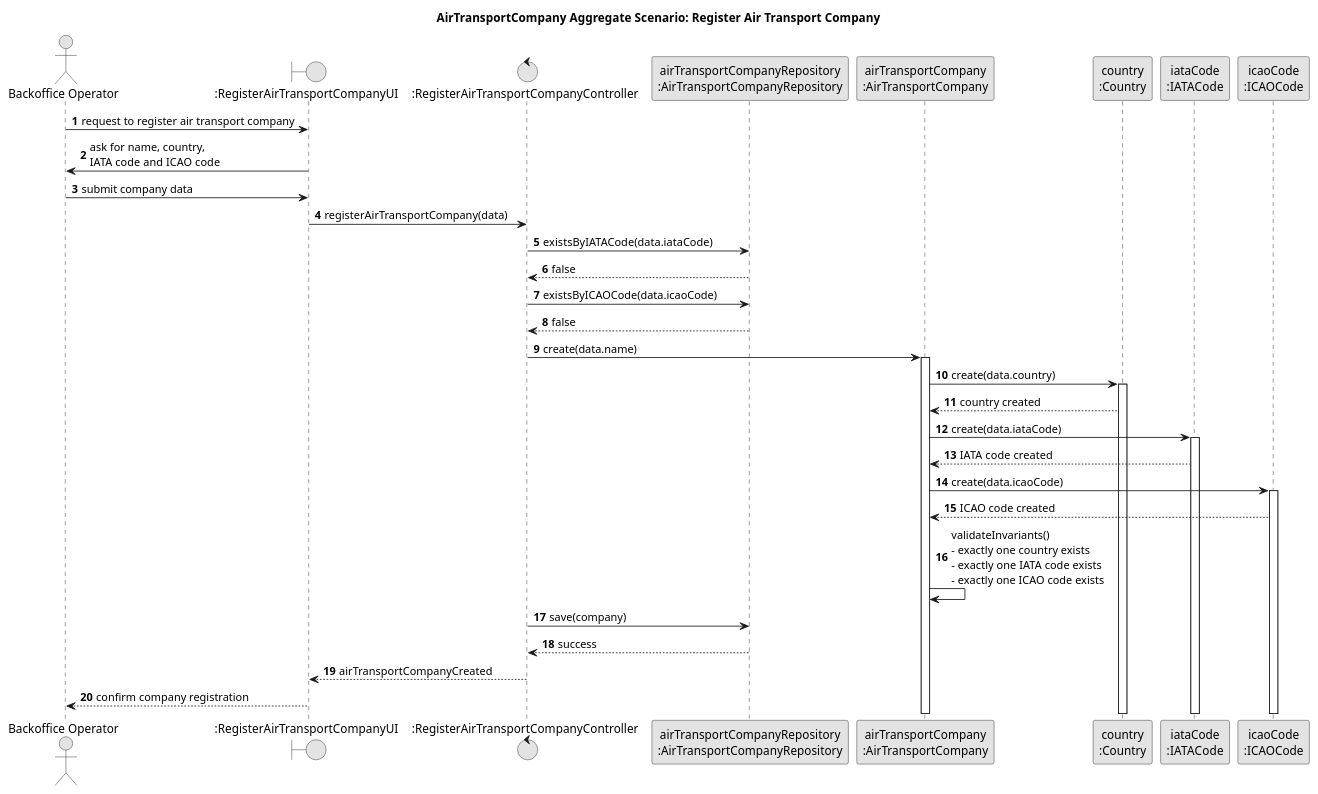
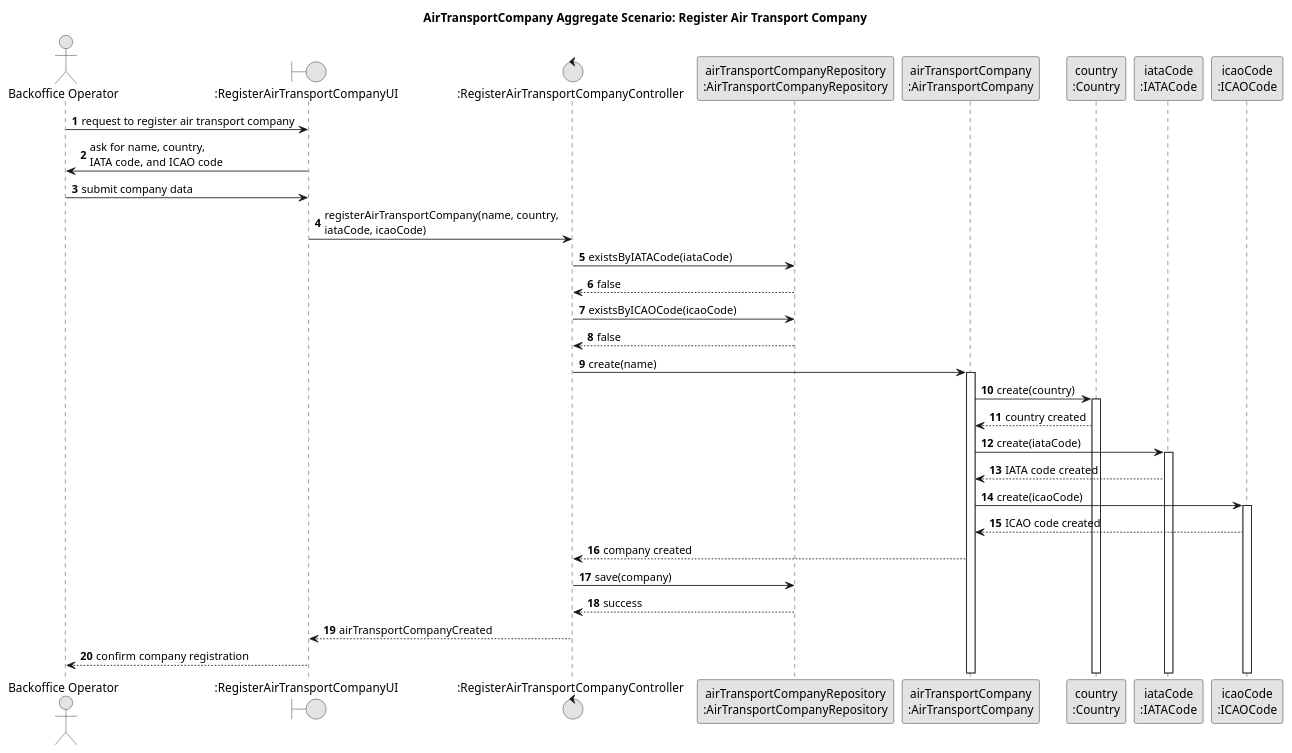
The diagram in docs/global-artifacts/03.design/puml/AirTransportCompanyAggregate-SD.puml (GustavoFerreira24/flight-management-platform), drawn with PlantUML before and after one commit. The commit also changed 5 other files, not shown here.

Commit message:
US11 (Code & Docs) - Removed "data" and specified all of it from AirControlArea, Airport, and AirTransportCompany SD's and clarified responsibilities in documentation [#18][#19]

```diff
--- a/docs/global-artifacts/03.design/puml/AirTransportCompanyAggregate-SD.puml
+++ b/docs/global-artifacts/03.design/puml/AirTransportCompanyAggregate-SD.puml
@@ -1,50 +1,50 @@
 @startuml
 title AirTransportCompany Aggregate Scenario: Register Air Transport Company
 
 skinparam monochrome true
 skinparam packageStyle rectangle
 skinparam shadowing false
 
 autonumber
 
 actor "Backoffice Operator" as BO
 boundary ":RegisterAirTransportCompanyUI" as UI
 control ":RegisterAirTransportCompanyController" as C
 participant "airTransportCompanyRepository\n:AirTransportCompanyRepository" as CompanyRepo
 participant "airTransportCompany\n:AirTransportCompany" as Company
 participant "country\n:Country" as Country
 participant "iataCode\n:IATACode" as IATACode
 participant "icaoCode\n:ICAOCode" as ICAOCode
 
 BO -> UI : request to register air transport company
-UI -> BO : ask for name, country,\nIATA code and ICAO code
+UI -> BO : ask for name, country,\nIATA code, and ICAO code
 
 BO -> UI : submit company data
-UI -> C : registerAirTransportCompany(data)
+UI -> C : registerAirTransportCompany(name, country,\niataCode, icaoCode)
 
-C -> CompanyRepo : existsByIATACode(data.iataCode)
+C -> CompanyRepo : existsByIATACode(iataCode)
 CompanyRepo --> C : false
 
-C -> CompanyRepo : existsByICAOCode(data.icaoCode)
+C -> CompanyRepo : existsByICAOCode(icaoCode)
 CompanyRepo --> C : false
 
-C -> Company ++ : create(data.name)
+C -> Company ++ : create(name)
 
-Company -> Country ++ : create(data.country)
+Company -> Country ++ : create(country)
 Country --> Company : country created
 
-Company -> IATACode ++ : create(data.iataCode)
+Company -> IATACode ++ : create(iataCode)
 IATACode --> Company : IATA code created
 
-Company -> ICAOCode ++ : create(data.icaoCode)
+Company -> ICAOCode ++ : create(icaoCode)
 ICAOCode --> Company : ICAO code created
 
-Company -> Company : validateInvariants()\n- exactly one country exists\n- exactly one IATA code exists\n- exactly one ICAO code exists
+Company --> C : company created
 
 C -> CompanyRepo : save(company)
 CompanyRepo --> C : success
 
 C --> UI : airTransportCompanyCreated
 UI --> BO : confirm company registration
 
 @enduml
```
